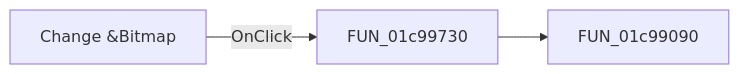
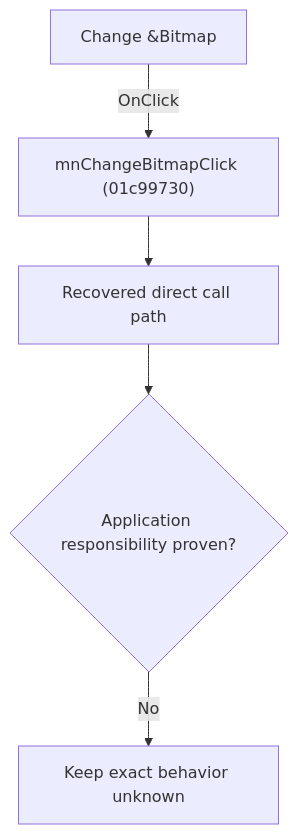
The diagram in docs/ui-controls/schematiceditor/mnchangebitmap-1a219a4a11.md (MovGP0/TIARA), drawn with Mermaid before and after one commit. The commit also changed other lines of this file and 1062 other files, not shown here.

````diff
--- a/docs/ui-controls/schematiceditor/mnchangebitmap-1a219a4a11.md
+++ b/docs/ui-controls/schematiceditor/mnchangebitmap-1a219a4a11.md
@@ -27,5 +27,7 @@
 ```mermaid
-flowchart LR
-    control["Change &Bitmap"] -->|OnClick| handler["FUN_01c99730"]
-    handler --> call1["FUN_01c99090"]
+flowchart TD
+    control["Change &Bitmap"] -->|"OnClick"| handler["mnChangeBitmapClick (01c99730)"]
+    handler --> recovered["Recovered direct call path"]
+    recovered --> gap{"Application responsibility proven?"}
+    gap -->|"No"| blocked["Keep exact behavior unknown"]
 ```
````
